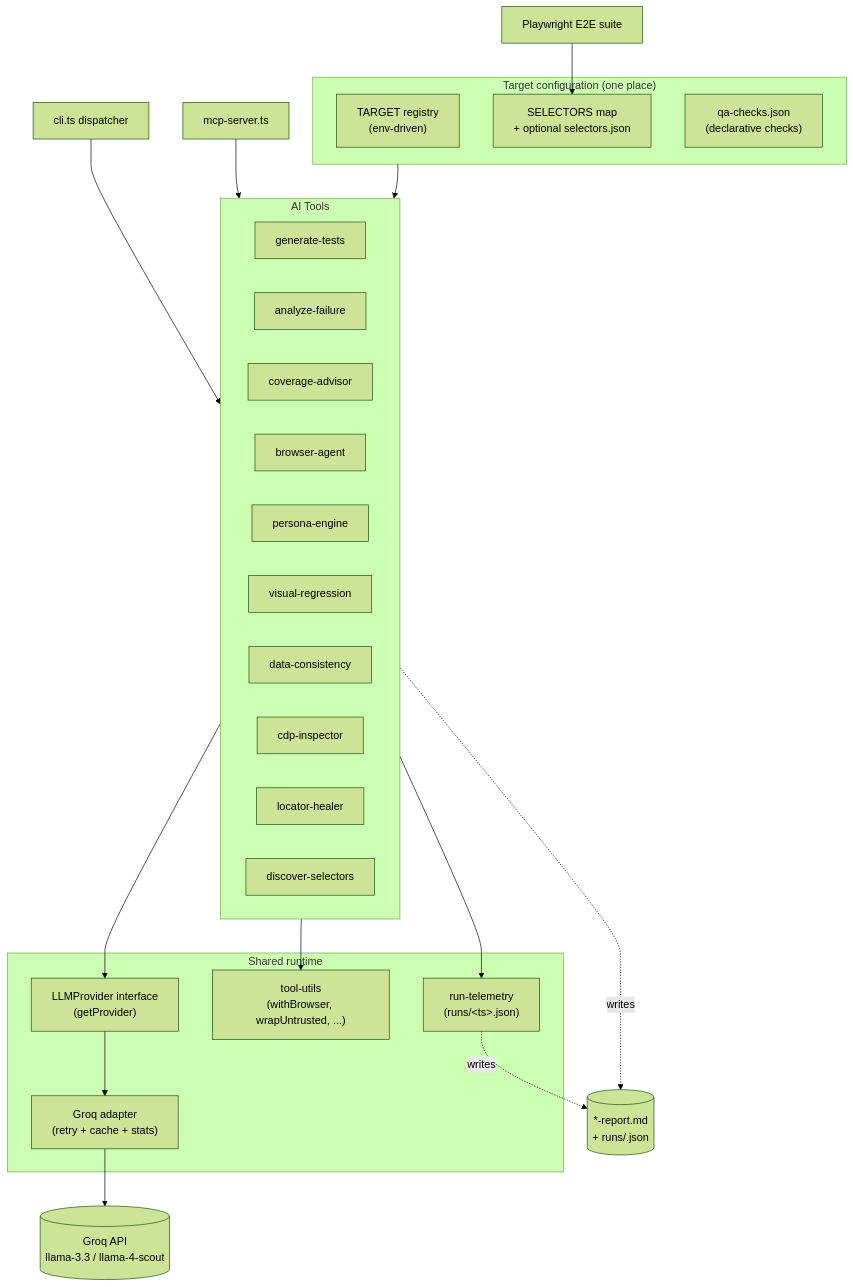
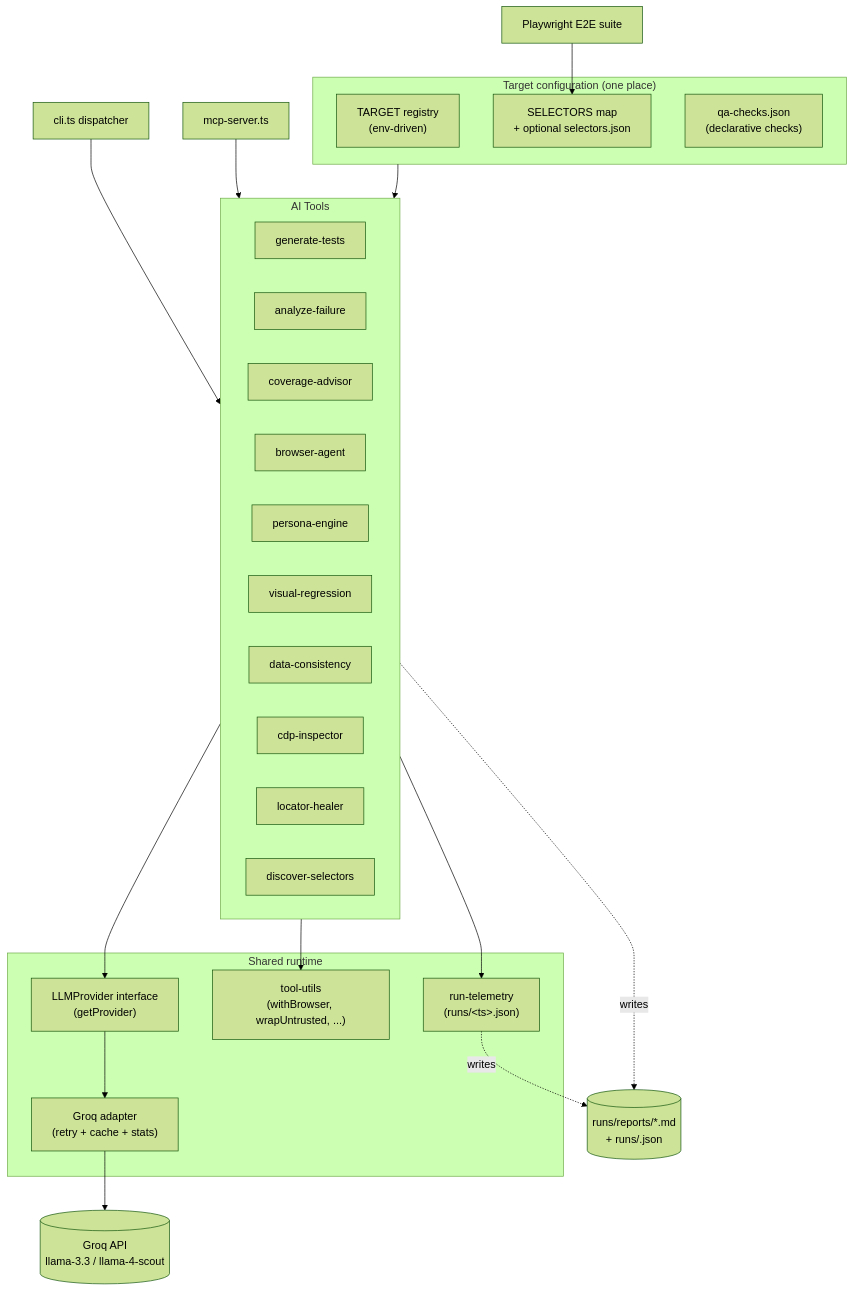
Before and after one commit to c0sminghinea/ai-native-qa-toolkit: the diagram in README.md, drawn with Mermaid (forest theme). The commit also changed other lines of this file and 39 other files, not shown here.

````diff
--- a/README.md
+++ b/README.md
@@ -17,42 +17,42 @@
 ```mermaid
 flowchart TB
   subgraph Config["Target configuration (one place)"]
     TARGET["TARGET registry<br/>(env-driven)"]
     SELECTORS["SELECTORS map<br/>+ optional selectors.json"]
     CHECKS["qa-checks.json<br/>(declarative checks)"]
   end
 
   subgraph Tools["AI Tools"]
     GEN["generate-tests"]
     ANALYZE["analyze-failure"]
     COVERAGE["coverage-advisor"]
     AGENT["browser-agent"]
     PERSONA["persona-engine"]
     VISUAL["visual-regression"]
     DATA["data-consistency"]
     CDP["cdp-inspector"]
     HEAL["locator-healer"]
     DISCOVER["discover-selectors"]
   end
 
   subgraph Runtime["Shared runtime"]
     PROVIDER["LLMProvider interface<br/>(getProvider)"]
     GROQ["Groq adapter<br/>(retry + cache + stats)"]
     UTILS["tool-utils<br/>(withBrowser, wrapUntrusted, ...)"]
     TELEMETRY["run-telemetry<br/>(runs/&lt;ts&gt;.json)"]
   end
 
   CLI["cli.ts dispatcher"] --> Tools
   MCP["mcp-server.ts"] --> Tools
   E2E["Playwright E2E suite"] --> SELECTORS
 
   Tools --> UTILS
   Tools --> PROVIDER
   PROVIDER --> GROQ
   GROQ --> LLM[("Groq API<br/>llama-3.3 / llama-4-scout")]
-  Tools -.writes.-> REPORTS[("*-report.md<br/>+ runs/<ts>.json")]
+  Tools -.writes.-> REPORTS[("runs/reports/*.md<br/>+ runs/<ts>.json")]
   Tools --> TELEMETRY
   TELEMETRY -.writes.-> REPORTS
 
   Config --> Tools
 ```
````
